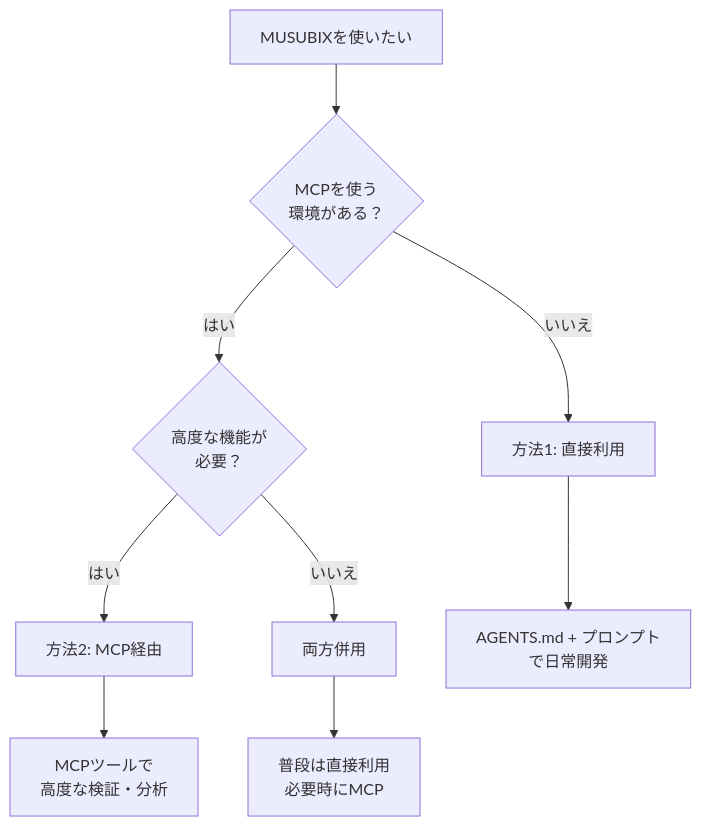
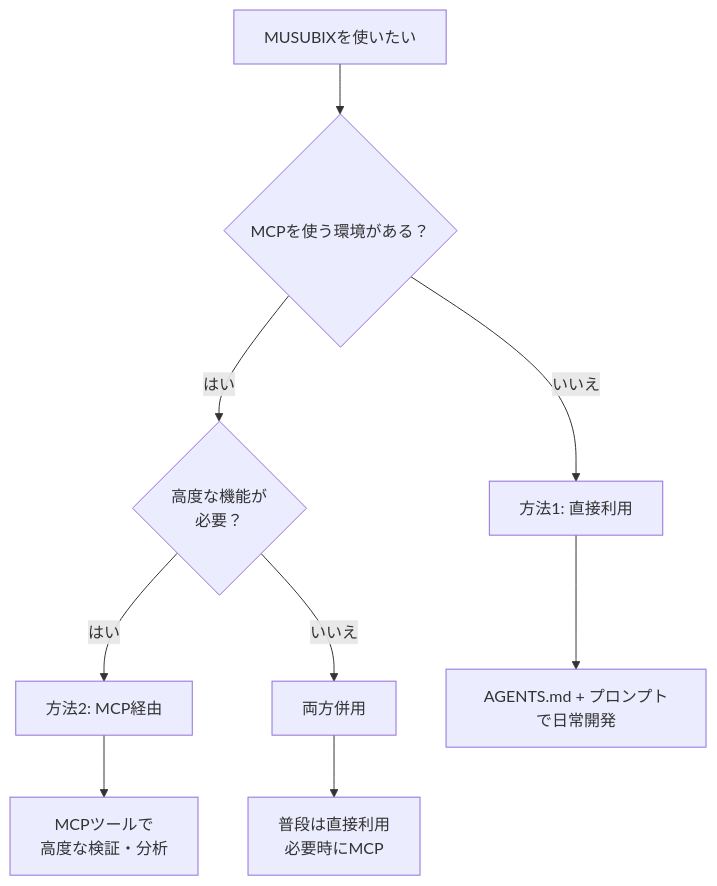
One commit to Takashi-So/MUSUBIX changed diagram 21 of 21 in docs/evolution-from-musubi-to-musubix.md. Above: the diagram before and after it, drawn with Mermaid. The commit also changed 1 other file, not shown here.

Commit message:
fix(docs): correct mermaid br tag syntax in evolution doc

````diff
--- a/docs/evolution-from-musubi-to-musubix.md
+++ b/docs/evolution-from-musubi-to-musubix.md
@@ -1139,14 +1139,14 @@
 ```mermaid
 flowchart TD
-    Start[MUSUBIXを使いたい] --> Q1{MCPを使う<br/>環境がある？}
+    Start[MUSUBIXを使いたい] --> Q1{MCPを使う環境がある？}
     
-    Q1 -->|はい| Q2{高度な機能が<br/>必要？}
+    Q1 -->|はい| Q2{高度な機能が<br>必要？}
     Q1 -->|いいえ| Direct[方法1: 直接利用]
     
     Q2 -->|はい| MCP[方法2: MCP経由]
     Q2 -->|いいえ| Both[両方併用]
     
-    Direct --> Use1[AGENTS.md + プロンプト<br/>で日常開発]
-    MCP --> Use2[MCPツールで<br/>高度な検証・分析]
-    Both --> Use3[普段は直接利用<br/>必要時にMCP]
+    Direct --> Use1[AGENTS.md + プロンプトで日常開発]
+    MCP --> Use2[MCPツールで<br>高度な検証・分析]
+    Both --> Use3[普段は直接利用<br>必要時にMCP]
 ```
````
